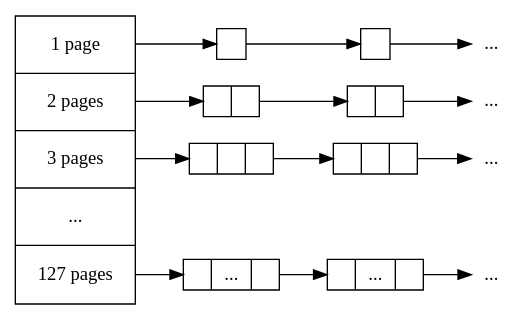
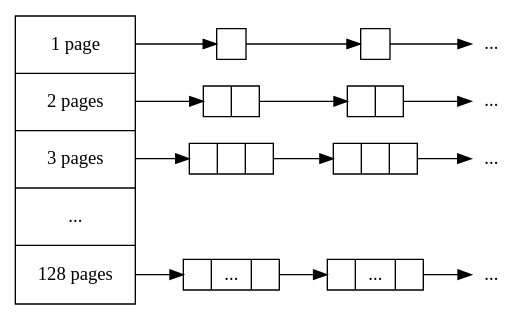
Before and after one commit to gperftools/gperftools: the diagram in docs/pageheap.dot, drawn with Graphviz. The commit also changed 6 other files, not shown here.

```diff
--- a/docs/pageheap.dot
+++ b/docs/pageheap.dot
@@ -1,25 +1,25 @@
 digraph PageHeap {
 rankdir=LR
 node [shape=box, width=0.3, height=0.3]
 nodesep=.05
 
-heap [shape=record, height=3, label="<f0>1 page|<f1>2 pages|<f2>3 pages|...|<f127>127 pages"]
+heap [shape=record, height=3, label="<f0>1 page|<f1>2 pages|<f2>3 pages|...|<f128>128 pages"]
 O0 [shape=record, label=""]
 O1 [shape=record, label=""]
 O2 [shape=record, label="{|}"]
 O3 [shape=record, label="{|}"]
 O4 [shape=record, label="{||}"]
 O5 [shape=record, label="{||}"]
 O6 [shape=record, label="{|...|}"]
 O7 [shape=record, label="{|...|}"]
 sep1 [shape=plaintext, label="..."]
 sep2 [shape=plaintext, label="..."]
 sep3 [shape=plaintext, label="..."]
 sep4 [shape=plaintext, label="..."]
 
 heap:f0 -> O0 -> O1 -> sep1
 heap:f1 -> O2 -> O3 -> sep2
 heap:f2 -> O4 -> O5 -> sep3
-heap:f127 -> O6 -> O7 -> sep4
+heap:f128 -> O6 -> O7 -> sep4
 
 }
```
